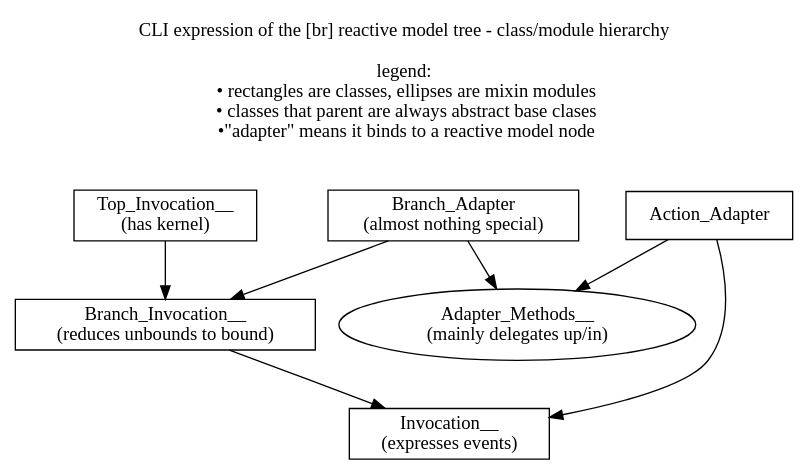
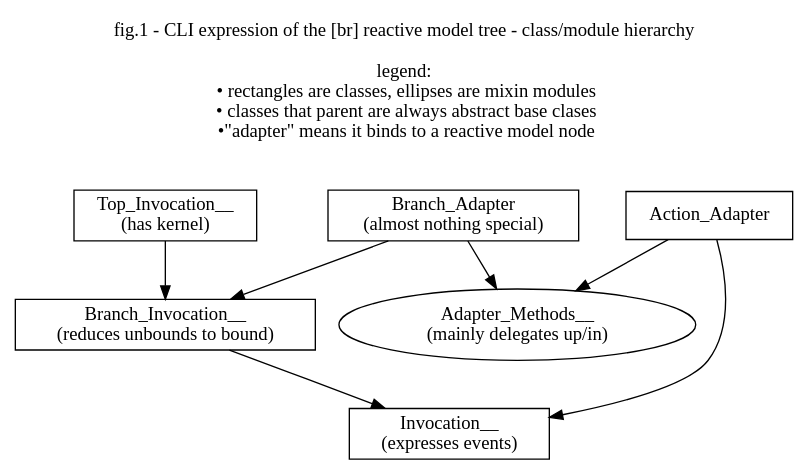
Before and after one commit to hipe/tmx: the diagram in brazen/doc/issues/002-brazen-CLI/figure-1-class-digraph.dot, drawn with Graphviz. The commit also changed 38 other files, not shown here.

```diff
--- a/brazen/doc/issues/002-brazen-CLI/figure-1-class-digraph.dot
+++ b/brazen/doc/issues/002-brazen-CLI/figure-1-class-digraph.dot
@@ -1,39 +1,39 @@
 digraph {
 
 labelloc="t"
 
-label="CLI expression of the [br] reactive model tree - class/module hierarchy
+label="fig.1 - CLI expression of the [br] reactive model tree - class/module hierarchy
 
 legend:
   • rectangles are classes, ellipses are mixin modules
   • classes that parent are always abstract base clases
   •\"adapter\" means it binds to a reactive model node
 
 
 "
 
 Top_Invocation__ [ shape=rect label="Top_Invocation__\n(has kernel)" ]
 
 Top_Invocation__ -> Branch_Invocation__
 
 Branch_Invocation__ [ shape=rect label="Branch_Invocation__\n(reduces unbounds to bound)" ]
 
 Branch_Invocation__ -> Invocation__
 
 Invocation__ [ shape=rect label="Invocation__\n(expresses events)" ]
 
 Action_Adapter [ shape=rect ]
 
 Action_Adapter -> Invocation__
 
 Branch_Adapter [ shape=rect label="Branch_Adapter\n(almost nothing special)" ]
 
 Branch_Adapter -> Branch_Invocation__
 
 Adapter_Methods__ [ label="Adapter_Methods__\n(mainly delegates up/in)" ]
 
 Branch_Adapter -> Adapter_Methods__
 
 Action_Adapter -> Adapter_Methods__
 
 }
```
